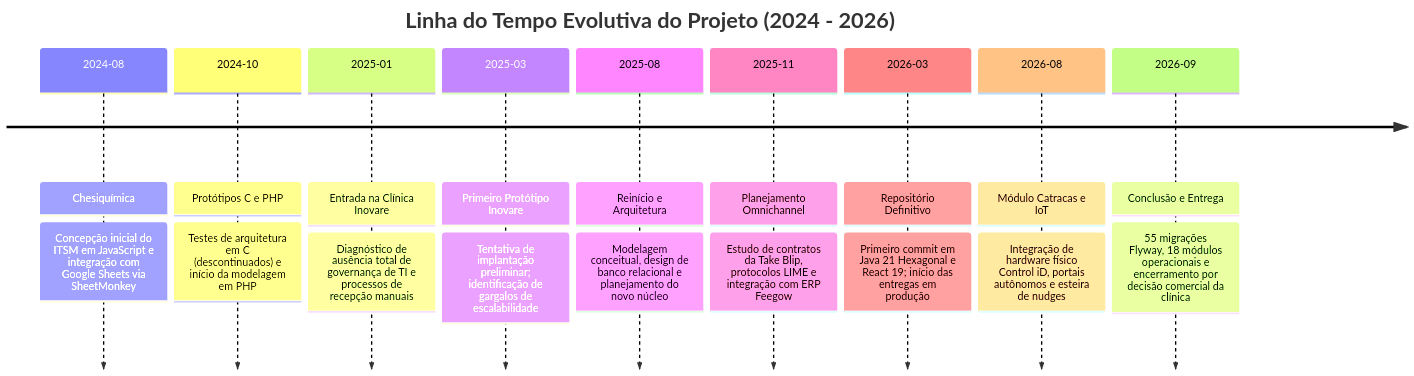
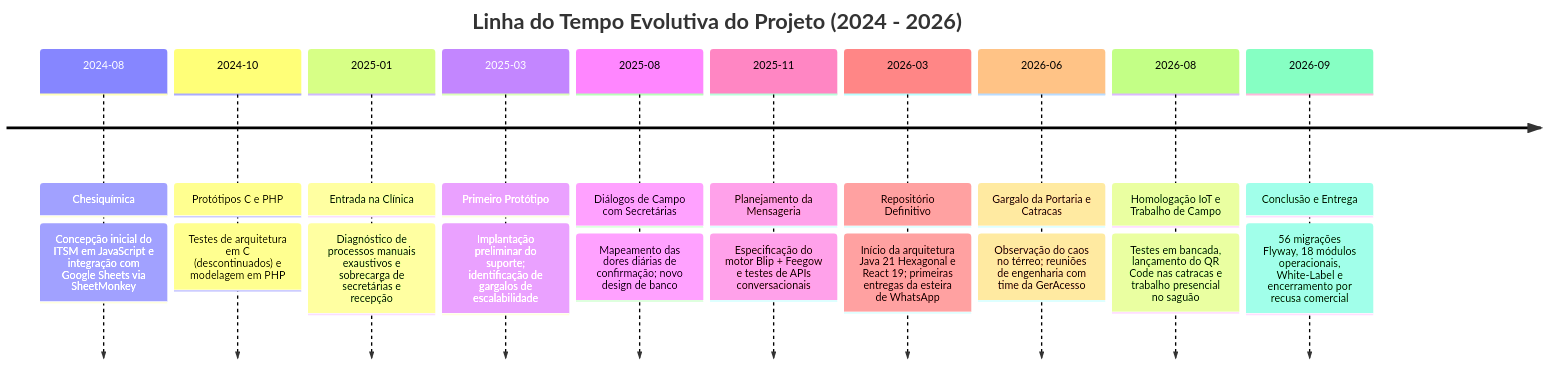
The first of 3 diagrams in docs/RELATORIO_DESENVOLVIMENTO_E_POSTMORTEM.md (VictorGHss/CTRLS-ITSM), drawn with Mermaid before and after one commit. The commit also changed other lines of this file, not shown here.

Commit message:
docs: atualizar memorial pós-mortem com contraste comercial da Take Blip, regras médicas customizadas e desvinculação completa de marca

````diff
--- a/docs/RELATORIO_DESENVOLVIMENTO_E_POSTMORTEM.md
+++ b/docs/RELATORIO_DESENVOLVIMENTO_E_POSTMORTEM.md
@@ -31,13 +29,14 @@
 ```mermaid
 timeline
     title Linha do Tempo Evolutiva do Projeto (2024 - 2026)
     2024-08 : Chesiquímica : Concepção inicial do ITSM em JavaScript e integração com Google Sheets via SheetMonkey
-    2024-10 : Protótipos C e PHP : Testes de arquitetura em C (descontinuados) e início da modelagem em PHP
-    2025-01 : Entrada na Clínica Inovare : Diagnóstico de ausência total de governança de TI e processos de recepção manuais
-    2025-03 : Primeiro Protótipo Inovare : Tentativa de implantação preliminar; identificação de gargalos de escalabilidade
-    2025-08 : Reinício e Arquitetura : Modelagem conceitual, design de banco relacional e planejamento do novo núcleo
-    2025-11 : Planejamento Omnichannel : Estudo de contratos da Take Blip, protocolos LIME e integração com ERP Feegow
-    2026-03 : Repositório Definitivo : Primeiro commit em Java 21 Hexagonal e React 19; início das entregas em produção
-    2026-08 : Módulo Catracas e IoT : Integração de hardware físico Control iD, portais autônomos e esteira de nudges
-    2026-09 : Conclusão e Entrega : 55 migrações Flyway, 18 módulos operacionais e encerramento por decisão comercial da clínica
+    2024-10 : Protótipos C e PHP : Testes de arquitetura em C (descontinuados) e modelagem em PHP
+    2025-01 : Entrada na Clínica : Diagnóstico de processos manuais exaustivos e sobrecarga de secretárias e recepção
+    2025-03 : Primeiro Protótipo : Implantação preliminar do suporte; identificação de gargalos de escalabilidade
+    2025-08 : Diálogos de Campo com Secretárias : Mapeamento das dores diárias de confirmação; novo design de banco
+    2025-11 : Planejamento da Mensageria : Especificação do motor Blip + Feegow e testes de APIs conversacionais
+    2026-03 : Repositório Definitivo : Início da arquitetura Java 21 Hexagonal e React 19; primeiras entregas da esteira de WhatsApp
+    2026-06 : Gargalo da Portaria e Catracas : Observação do caos no térreo; reuniões de engenharia com time da GerAcesso
+    2026-08 : Homologação IoT e Trabalho de Campo : Testes em bancada, lançamento do QR Code nas catracas e trabalho presencial no saguão
+    2026-09 : Conclusão e Entrega : 56 migrações Flyway, 18 módulos operacionais, White-Label e encerramento por recusa comercial
 ```
````
